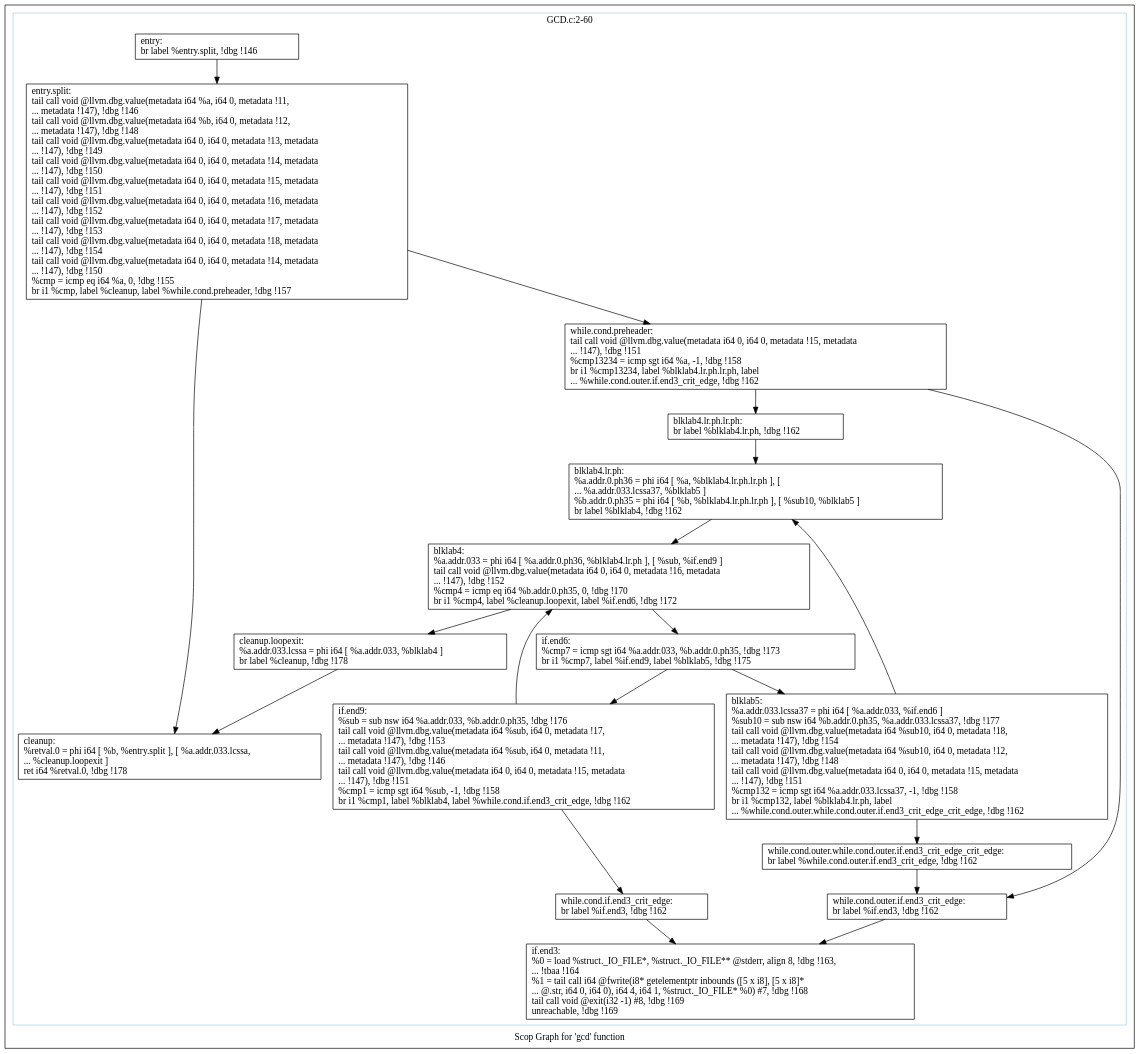
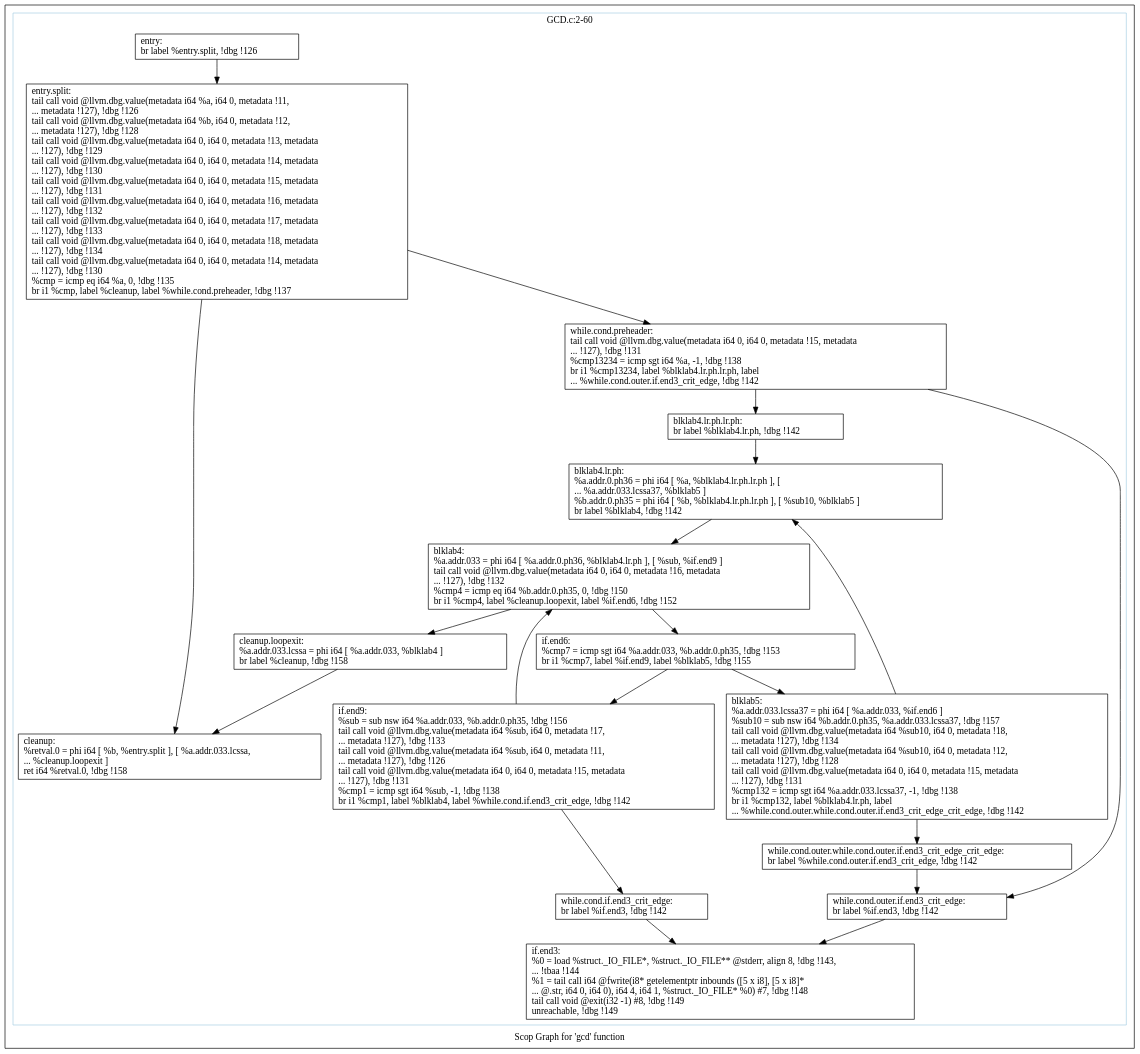
The diagram in polly/GCD/impl/autogenerate/dot/scops.gcd.dot (samminweng/WhileyOpenCL), drawn with Graphviz before and after one commit. The commit also changed 35 other files, not shown here.

```diff
--- a/polly/GCD/impl/autogenerate/dot/scops.gcd.dot
+++ b/polly/GCD/impl/autogenerate/dot/scops.gcd.dot
@@ -1,60 +1,60 @@
 digraph "Scop Graph for 'gcd' function" {
 	label="Scop Graph for 'gcd' function";
 
-	Node0xa13e4c0 [shape=record,label="{entry:\l  br label %entry.split, !dbg !146\l}"];
-	Node0xa13e4c0 -> Node0xa3460d0;
-	Node0xa3460d0 [shape=record,label="{entry.split:                                      \l  tail call void @llvm.dbg.value(metadata i64 %a, i64 0, metadata !11,\l... metadata !147), !dbg !146\l  tail call void @llvm.dbg.value(metadata i64 %b, i64 0, metadata !12,\l... metadata !147), !dbg !148\l  tail call void @llvm.dbg.value(metadata i64 0, i64 0, metadata !13, metadata\l... !147), !dbg !149\l  tail call void @llvm.dbg.value(metadata i64 0, i64 0, metadata !14, metadata\l... !147), !dbg !150\l  tail call void @llvm.dbg.value(metadata i64 0, i64 0, metadata !15, metadata\l... !147), !dbg !151\l  tail call void @llvm.dbg.value(metadata i64 0, i64 0, metadata !16, metadata\l... !147), !dbg !152\l  tail call void @llvm.dbg.value(metadata i64 0, i64 0, metadata !17, metadata\l... !147), !dbg !153\l  tail call void @llvm.dbg.value(metadata i64 0, i64 0, metadata !18, metadata\l... !147), !dbg !154\l  tail call void @llvm.dbg.value(metadata i64 0, i64 0, metadata !14, metadata\l... !147), !dbg !150\l  %cmp = icmp eq i64 %a, 0, !dbg !155\l  br i1 %cmp, label %cleanup, label %while.cond.preheader, !dbg !157\l}"];
-	Node0xa3460d0 -> Node0xa300540;
-	Node0xa3460d0 -> Node0xa307fa0;
-	Node0xa300540 [shape=record,label="{cleanup:                                          \l  %retval.0 = phi i64 [ %b, %entry.split ], [ %a.addr.033.lcssa,\l... %cleanup.loopexit ]\l  ret i64 %retval.0, !dbg !178\l}"];
-	Node0xa307fa0 [shape=record,label="{while.cond.preheader:                             \l  tail call void @llvm.dbg.value(metadata i64 0, i64 0, metadata !15, metadata\l... !147), !dbg !151\l  %cmp13234 = icmp sgt i64 %a, -1, !dbg !158\l  br i1 %cmp13234, label %blklab4.lr.ph.lr.ph, label\l... %while.cond.outer.if.end3_crit_edge, !dbg !162\l}"];
-	Node0xa307fa0 -> Node0xa313820;
-	Node0xa307fa0 -> Node0xa196300;
-	Node0xa313820 [shape=record,label="{blklab4.lr.ph.lr.ph:                              \l  br label %blklab4.lr.ph, !dbg !162\l}"];
-	Node0xa313820 -> Node0xa319620;
-	Node0xa319620 [shape=record,label="{blklab4.lr.ph:                                    \l  %a.addr.0.ph36 = phi i64 [ %a, %blklab4.lr.ph.lr.ph ], [\l... %a.addr.033.lcssa37, %blklab5 ]\l  %b.addr.0.ph35 = phi i64 [ %b, %blklab4.lr.ph.lr.ph ], [ %sub10, %blklab5 ]\l  br label %blklab4, !dbg !162\l}"];
-	Node0xa319620 -> Node0xa3084f0;
-	Node0xa3084f0 [shape=record,label="{blklab4:                                          \l  %a.addr.033 = phi i64 [ %a.addr.0.ph36, %blklab4.lr.ph ], [ %sub, %if.end9 ]\l  tail call void @llvm.dbg.value(metadata i64 0, i64 0, metadata !16, metadata\l... !147), !dbg !152\l  %cmp4 = icmp eq i64 %b.addr.0.ph35, 0, !dbg !170\l  br i1 %cmp4, label %cleanup.loopexit, label %if.end6, !dbg !172\l}"];
-	Node0xa3084f0 -> Node0xa2ec0c0;
-	Node0xa3084f0 -> Node0xa315020;
-	Node0xa2ec0c0 [shape=record,label="{cleanup.loopexit:                                 \l  %a.addr.033.lcssa = phi i64 [ %a.addr.033, %blklab4 ]\l  br label %cleanup, !dbg !178\l}"];
-	Node0xa2ec0c0 -> Node0xa300540;
-	Node0xa315020 [shape=record,label="{if.end6:                                          \l  %cmp7 = icmp sgt i64 %a.addr.033, %b.addr.0.ph35, !dbg !173\l  br i1 %cmp7, label %if.end9, label %blklab5, !dbg !175\l}"];
-	Node0xa315020 -> Node0xa34ab20;
-	Node0xa315020 -> Node0xa2ea6e0;
-	Node0xa34ab20 [shape=record,label="{if.end9:                                          \l  %sub = sub nsw i64 %a.addr.033, %b.addr.0.ph35, !dbg !176\l  tail call void @llvm.dbg.value(metadata i64 %sub, i64 0, metadata !17,\l... metadata !147), !dbg !153\l  tail call void @llvm.dbg.value(metadata i64 %sub, i64 0, metadata !11,\l... metadata !147), !dbg !146\l  tail call void @llvm.dbg.value(metadata i64 0, i64 0, metadata !15, metadata\l... !147), !dbg !151\l  %cmp1 = icmp sgt i64 %sub, -1, !dbg !158\l  br i1 %cmp1, label %blklab4, label %while.cond.if.end3_crit_edge, !dbg !162\l}"];
-	Node0xa34ab20 -> Node0xa3084f0;
-	Node0xa34ab20 -> Node0xa30a650;
-	Node0xa30a650 [shape=record,label="{while.cond.if.end3_crit_edge:                     \l  br label %if.end3, !dbg !162\l}"];
-	Node0xa30a650 -> Node0xa314f90;
-	Node0xa314f90 [shape=record,label="{if.end3:                                          \l  %0 = load %struct._IO_FILE*, %struct._IO_FILE** @stderr, align 8, !dbg !163,\l... !tbaa !164\l  %1 = tail call i64 @fwrite(i8* getelementptr inbounds ([5 x i8], [5 x i8]*\l... @.str, i64 0, i64 0), i64 4, i64 1, %struct._IO_FILE* %0) #7, !dbg !168\l  tail call void @exit(i32 -1) #8, !dbg !169\l  unreachable, !dbg !169\l}"];
-	Node0xa2ea6e0 [shape=record,label="{blklab5:                                          \l  %a.addr.033.lcssa37 = phi i64 [ %a.addr.033, %if.end6 ]\l  %sub10 = sub nsw i64 %b.addr.0.ph35, %a.addr.033.lcssa37, !dbg !177\l  tail call void @llvm.dbg.value(metadata i64 %sub10, i64 0, metadata !18,\l... metadata !147), !dbg !154\l  tail call void @llvm.dbg.value(metadata i64 %sub10, i64 0, metadata !12,\l... metadata !147), !dbg !148\l  tail call void @llvm.dbg.value(metadata i64 0, i64 0, metadata !15, metadata\l... !147), !dbg !151\l  %cmp132 = icmp sgt i64 %a.addr.033.lcssa37, -1, !dbg !158\l  br i1 %cmp132, label %blklab4.lr.ph, label\l... %while.cond.outer.while.cond.outer.if.end3_crit_edge_crit_edge, !dbg !162\l}"];
-	Node0xa2ea6e0 -> Node0xa319620;
-	Node0xa2ea6e0 -> Node0xa2ea650;
-	Node0xa2ea650 [shape=record,label="{while.cond.outer.while.cond.outer.if.end3_crit_edge_crit_edge: \l  br label %while.cond.outer.if.end3_crit_edge, !dbg !162\l}"];
-	Node0xa2ea650 -> Node0xa196300;
-	Node0xa196300 [shape=record,label="{while.cond.outer.if.end3_crit_edge:               \l  br label %if.end3, !dbg !162\l}"];
-	Node0xa196300 -> Node0xa314f90;
+	Node0x9edcd60 [shape=record,label="{entry:\l  br label %entry.split, !dbg !126\l}"];
+	Node0x9edcd60 -> Node0x9ec67d0;
+	Node0x9ec67d0 [shape=record,label="{entry.split:                                      \l  tail call void @llvm.dbg.value(metadata i64 %a, i64 0, metadata !11,\l... metadata !127), !dbg !126\l  tail call void @llvm.dbg.value(metadata i64 %b, i64 0, metadata !12,\l... metadata !127), !dbg !128\l  tail call void @llvm.dbg.value(metadata i64 0, i64 0, metadata !13, metadata\l... !127), !dbg !129\l  tail call void @llvm.dbg.value(metadata i64 0, i64 0, metadata !14, metadata\l... !127), !dbg !130\l  tail call void @llvm.dbg.value(metadata i64 0, i64 0, metadata !15, metadata\l... !127), !dbg !131\l  tail call void @llvm.dbg.value(metadata i64 0, i64 0, metadata !16, metadata\l... !127), !dbg !132\l  tail call void @llvm.dbg.value(metadata i64 0, i64 0, metadata !17, metadata\l... !127), !dbg !133\l  tail call void @llvm.dbg.value(metadata i64 0, i64 0, metadata !18, metadata\l... !127), !dbg !134\l  tail call void @llvm.dbg.value(metadata i64 0, i64 0, metadata !14, metadata\l... !127), !dbg !130\l  %cmp = icmp eq i64 %a, 0, !dbg !135\l  br i1 %cmp, label %cleanup, label %while.cond.preheader, !dbg !137\l}"];
+	Node0x9ec67d0 -> Node0x9f0a650;
+	Node0x9ec67d0 -> Node0x9eb05f0;
+	Node0x9f0a650 [shape=record,label="{cleanup:                                          \l  %retval.0 = phi i64 [ %b, %entry.split ], [ %a.addr.033.lcssa,\l... %cleanup.loopexit ]\l  ret i64 %retval.0, !dbg !158\l}"];
+	Node0x9eb05f0 [shape=record,label="{while.cond.preheader:                             \l  tail call void @llvm.dbg.value(metadata i64 0, i64 0, metadata !15, metadata\l... !127), !dbg !131\l  %cmp13234 = icmp sgt i64 %a, -1, !dbg !138\l  br i1 %cmp13234, label %blklab4.lr.ph.lr.ph, label\l... %while.cond.outer.if.end3_crit_edge, !dbg !142\l}"];
+	Node0x9eb05f0 -> Node0x9ed87c0;
+	Node0x9eb05f0 -> Node0x9f0ea00;
+	Node0x9ed87c0 [shape=record,label="{blklab4.lr.ph.lr.ph:                              \l  br label %blklab4.lr.ph, !dbg !142\l}"];
+	Node0x9ed87c0 -> Node0x9ebff30;
+	Node0x9ebff30 [shape=record,label="{blklab4.lr.ph:                                    \l  %a.addr.0.ph36 = phi i64 [ %a, %blklab4.lr.ph.lr.ph ], [\l... %a.addr.033.lcssa37, %blklab5 ]\l  %b.addr.0.ph35 = phi i64 [ %b, %blklab4.lr.ph.lr.ph ], [ %sub10, %blklab5 ]\l  br label %blklab4, !dbg !142\l}"];
+	Node0x9ebff30 -> Node0x9ed7440;
+	Node0x9ed7440 [shape=record,label="{blklab4:                                          \l  %a.addr.033 = phi i64 [ %a.addr.0.ph36, %blklab4.lr.ph ], [ %sub, %if.end9 ]\l  tail call void @llvm.dbg.value(metadata i64 0, i64 0, metadata !16, metadata\l... !127), !dbg !132\l  %cmp4 = icmp eq i64 %b.addr.0.ph35, 0, !dbg !150\l  br i1 %cmp4, label %cleanup.loopexit, label %if.end6, !dbg !152\l}"];
+	Node0x9ed7440 -> Node0x9ed7780;
+	Node0x9ed7440 -> Node0x9ed65b0;
+	Node0x9ed7780 [shape=record,label="{cleanup.loopexit:                                 \l  %a.addr.033.lcssa = phi i64 [ %a.addr.033, %blklab4 ]\l  br label %cleanup, !dbg !158\l}"];
+	Node0x9ed7780 -> Node0x9f0a650;
+	Node0x9ed65b0 [shape=record,label="{if.end6:                                          \l  %cmp7 = icmp sgt i64 %a.addr.033, %b.addr.0.ph35, !dbg !153\l  br i1 %cmp7, label %if.end9, label %blklab5, !dbg !155\l}"];
+	Node0x9ed65b0 -> Node0x9fb4bb0;
+	Node0x9ed65b0 -> Node0x9edc130;
+	Node0x9fb4bb0 [shape=record,label="{if.end9:                                          \l  %sub = sub nsw i64 %a.addr.033, %b.addr.0.ph35, !dbg !156\l  tail call void @llvm.dbg.value(metadata i64 %sub, i64 0, metadata !17,\l... metadata !127), !dbg !133\l  tail call void @llvm.dbg.value(metadata i64 %sub, i64 0, metadata !11,\l... metadata !127), !dbg !126\l  tail call void @llvm.dbg.value(metadata i64 0, i64 0, metadata !15, metadata\l... !127), !dbg !131\l  %cmp1 = icmp sgt i64 %sub, -1, !dbg !138\l  br i1 %cmp1, label %blklab4, label %while.cond.if.end3_crit_edge, !dbg !142\l}"];
+	Node0x9fb4bb0 -> Node0x9ed7440;
+	Node0x9fb4bb0 -> Node0x9eb72f0;
+	Node0x9eb72f0 [shape=record,label="{while.cond.if.end3_crit_edge:                     \l  br label %if.end3, !dbg !142\l}"];
+	Node0x9eb72f0 -> Node0x9f0d9f0;
+	Node0x9f0d9f0 [shape=record,label="{if.end3:                                          \l  %0 = load %struct._IO_FILE*, %struct._IO_FILE** @stderr, align 8, !dbg !143,\l... !tbaa !144\l  %1 = tail call i64 @fwrite(i8* getelementptr inbounds ([5 x i8], [5 x i8]*\l... @.str, i64 0, i64 0), i64 4, i64 1, %struct._IO_FILE* %0) #7, !dbg !148\l  tail call void @exit(i32 -1) #8, !dbg !149\l  unreachable, !dbg !149\l}"];
+	Node0x9edc130 [shape=record,label="{blklab5:                                          \l  %a.addr.033.lcssa37 = phi i64 [ %a.addr.033, %if.end6 ]\l  %sub10 = sub nsw i64 %b.addr.0.ph35, %a.addr.033.lcssa37, !dbg !157\l  tail call void @llvm.dbg.value(metadata i64 %sub10, i64 0, metadata !18,\l... metadata !127), !dbg !134\l  tail call void @llvm.dbg.value(metadata i64 %sub10, i64 0, metadata !12,\l... metadata !127), !dbg !128\l  tail call void @llvm.dbg.value(metadata i64 0, i64 0, metadata !15, metadata\l... !127), !dbg !131\l  %cmp132 = icmp sgt i64 %a.addr.033.lcssa37, -1, !dbg !138\l  br i1 %cmp132, label %blklab4.lr.ph, label\l... %while.cond.outer.while.cond.outer.if.end3_crit_edge_crit_edge, !dbg !142\l}"];
+	Node0x9edc130 -> Node0x9ebff30;
+	Node0x9edc130 -> Node0x9eb0dd0;
+	Node0x9eb0dd0 [shape=record,label="{while.cond.outer.while.cond.outer.if.end3_crit_edge_crit_edge: \l  br label %while.cond.outer.if.end3_crit_edge, !dbg !142\l}"];
+	Node0x9eb0dd0 -> Node0x9f0ea00;
+	Node0x9f0ea00 [shape=record,label="{while.cond.outer.if.end3_crit_edge:               \l  br label %if.end3, !dbg !142\l}"];
+	Node0x9f0ea00 -> Node0x9f0d9f0;
 	colorscheme = "paired12"
-        subgraph cluster_0xa306e70 {
+        subgraph cluster_0x9ee8940 {
           label = "GCD.c:2-60
 ";
           style = solid;
           color = 1
-          Node0xa13e4c0;
-          Node0xa3460d0;
-          Node0xa300540;
-          Node0xa307fa0;
-          Node0xa313820;
-          Node0xa319620;
-          Node0xa3084f0;
-          Node0xa2ec0c0;
-          Node0xa315020;
-          Node0xa34ab20;
-          Node0xa30a650;
-          Node0xa314f90;
-          Node0xa2ea6e0;
-          Node0xa2ea650;
-          Node0xa196300;
+          Node0x9edcd60;
+          Node0x9ec67d0;
+          Node0x9f0a650;
+          Node0x9eb05f0;
+          Node0x9ed87c0;
+          Node0x9ebff30;
+          Node0x9ed7440;
+          Node0x9ed7780;
+          Node0x9ed65b0;
+          Node0x9fb4bb0;
+          Node0x9eb72f0;
+          Node0x9f0d9f0;
+          Node0x9edc130;
+          Node0x9eb0dd0;
+          Node0x9f0ea00;
         }
 }
```
